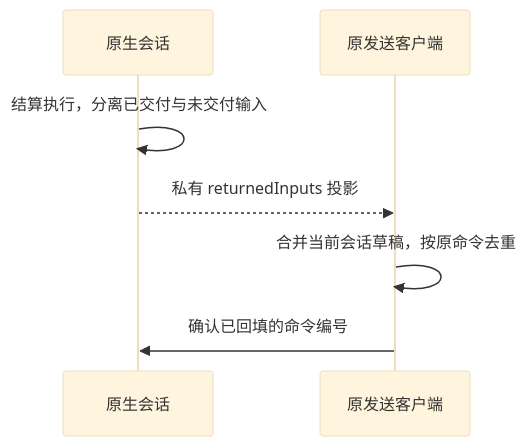
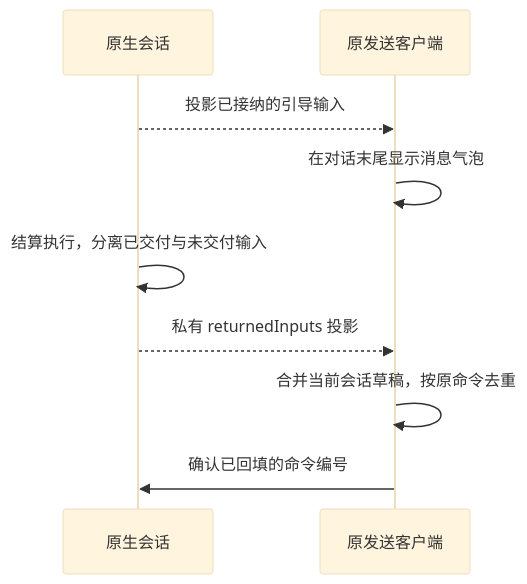
Before and after one commit to jchanghong023/ZCode: the first of 2 diagrams in docs/specs/aireq/conversation.md, drawn with Mermaid (base theme). The commit also changed other lines of this file and 6 other files, not shown here.

````diff
--- a/docs/specs/aireq/conversation.md
+++ b/docs/specs/aireq/conversation.md
@@ -33,9 +33,11 @@
 ```mermaid
 sequenceDiagram
   participant S as 原生会话
   participant U as 原发送客户端
+  S-->>U: 投影已接纳的引导输入
+  U->>U: 在对话末尾显示消息气泡
   S->>S: 结算执行，分离已交付与未交付输入
   S-->>U: 私有 returnedInputs 投影
   U->>U: 合并当前会话草稿，按原命令去重
   U->>S: 确认已回填的命令编号
 ```
````
